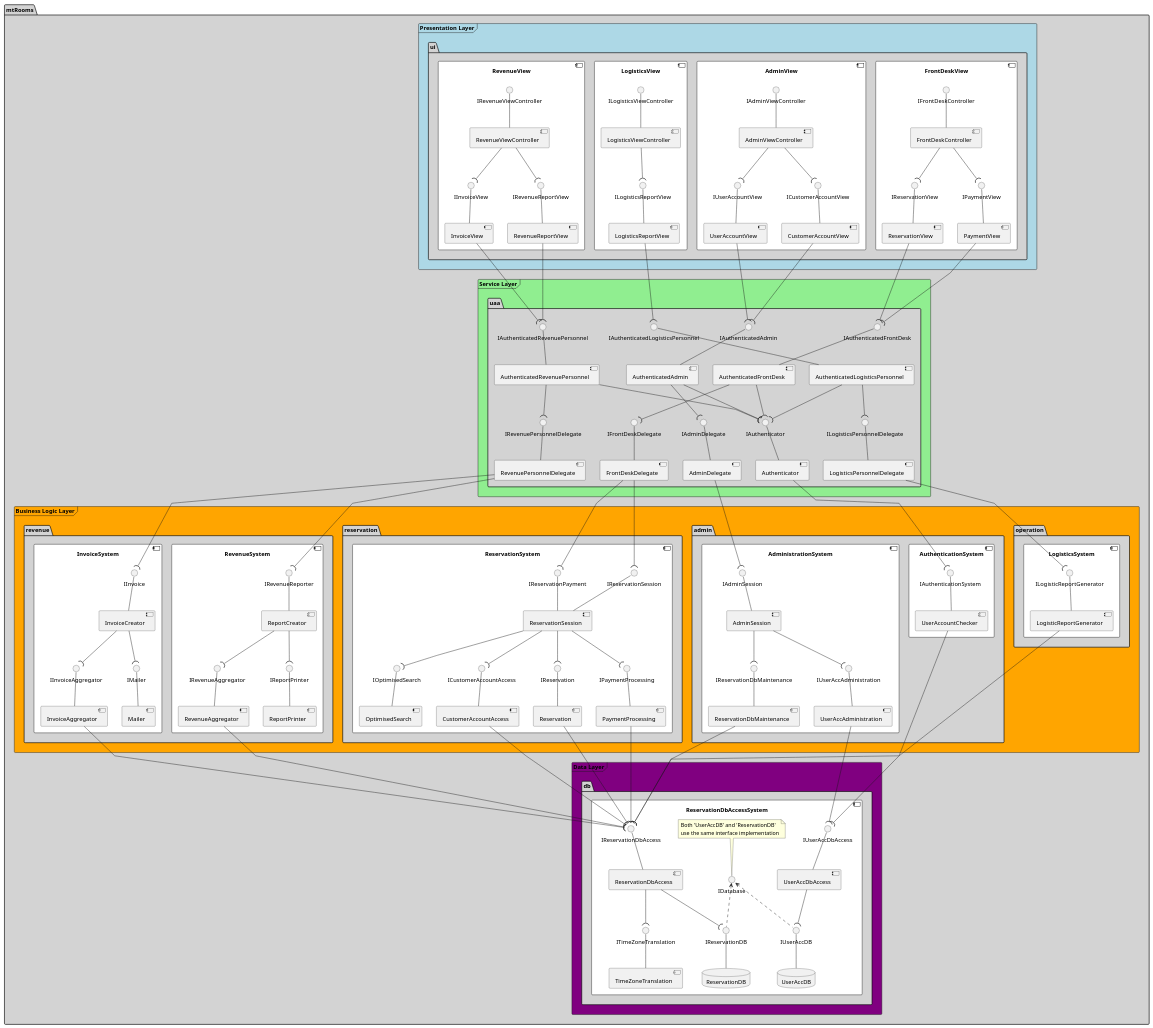
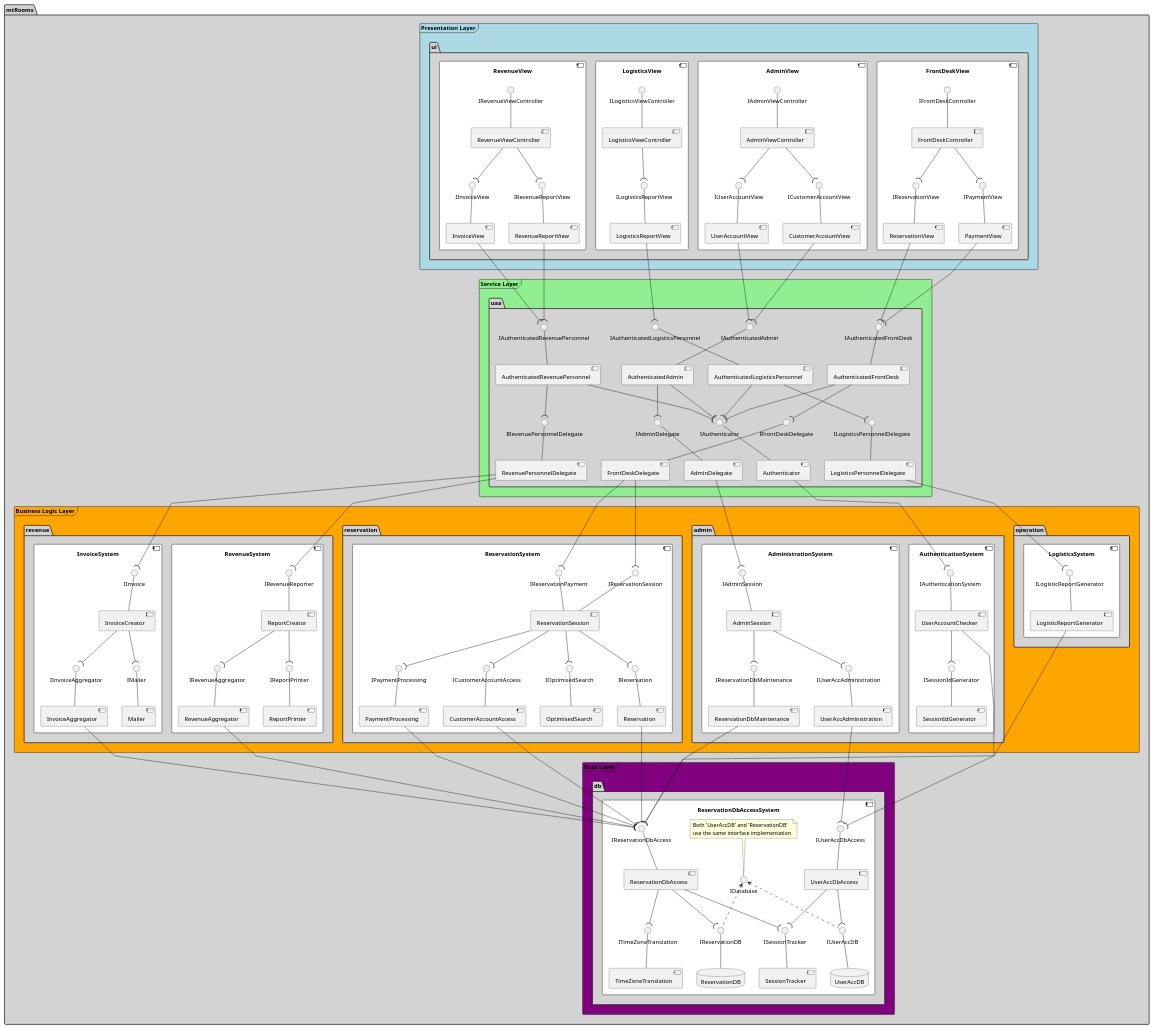
One commit to BBKbeam/mtRooms changed the diagram in docs/uml/architecture.puml. Above: the diagram before and after it, drawn with PlantUML. The commit also changed 5 other files, not shown here.

Commit message:
[db] Added more granular components to the session architecture on the db access side

```diff
--- a/docs/uml/architecture.puml
+++ b/docs/uml/architecture.puml
@@ -124,6 +124,9 @@
 
             component AuthenticationSystem #white {
                 IAuthenticationSystem -- [UserAccountChecker]
+                ISessionIdGenerator -- [SessionIdGenerator]
+
+                UserAccountChecker --( ISessionIdGenerator
             }
         }
     }
@@ -139,14 +142,17 @@
                 ITimeZoneTranslation -- [TimeZoneTranslation]
                 IReservationDbAccess -- [ReservationDbAccess]
                 IUserAccDbAccess -- [UserAccDbAccess]
+                ISessionTracker -- [SessionTracker]
 
                 IDatabase <.. IReservationDB
                 IDatabase <.. IUserAccDB
                 note "Both 'UserAccDB' and 'ReservationDB' \nuse the same interface implementation" as N1
                 N1 .. IDatabase
                 ReservationDbAccess --( ITimeZoneTranslation
+                ReservationDbAccess --( ISessionTracker
                 ReservationDbAccess --( IReservationDB
                 UserAccDbAccess --( IUserAccDB
+                UserAccDbAccess --( ISessionTracker
             }
         }
     }
```
